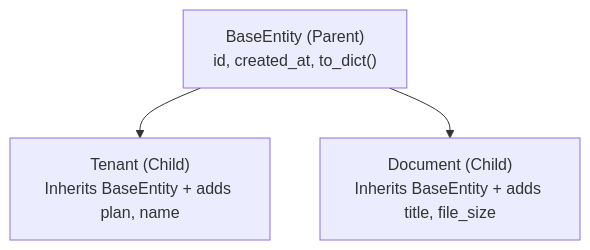
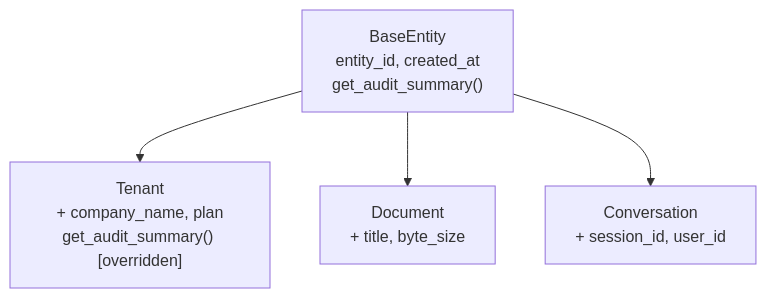
One commit to primecoderIN/learning-docs changed the second of 9 diagrams in Python_FastAPI_AI_Architect/06_Module_6_Object_Oriented_Programming.md. Above: the diagram before and after it, drawn with Mermaid. The commit also changed other lines of this file and 21 other files, not shown here.

````diff
--- a/Python_FastAPI_AI_Architect/06_Module_6_Object_Oriented_Programming.md
+++ b/Python_FastAPI_AI_Architect/06_Module_6_Object_Oriented_Programming.md
@@ -380,8 +674,10 @@
 ```mermaid
 flowchart TD
-    Base["BaseEntity (Parent)<br>id, created_at, to_dict()"]
-    T["Tenant (Child)<br>Inherits BaseEntity + adds plan, name"]
-    D["Document (Child)<br>Inherits BaseEntity + adds title, file_size"]
+    Base["BaseEntity<br>entity_id, created_at<br>get_audit_summary()"]
+    T["Tenant<br>+ company_name, plan<br>get_audit_summary() [overridden]"]
+    D["Document<br>+ title, byte_size"]
+    C["Conversation<br>+ session_id, user_id"]
     Base --> T
     Base --> D
+    Base --> C
 ```
````
